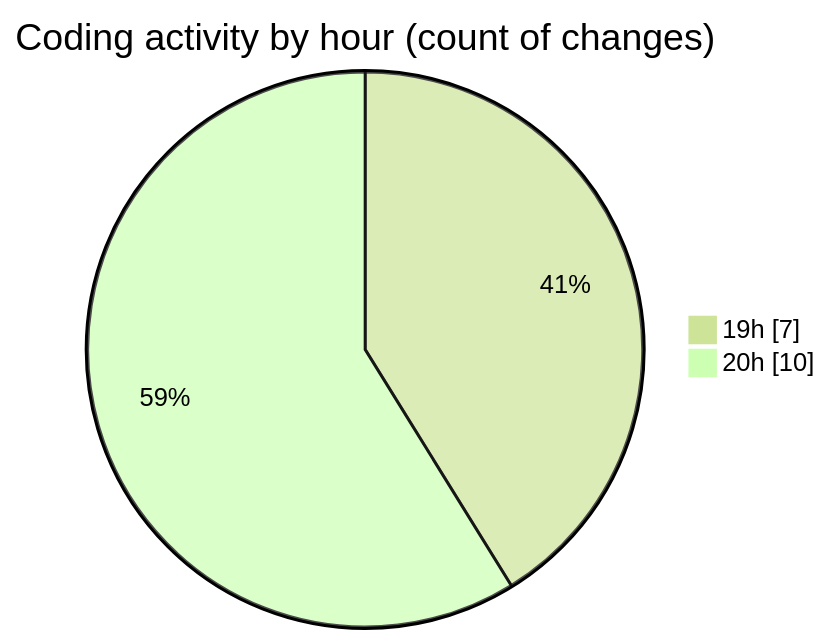
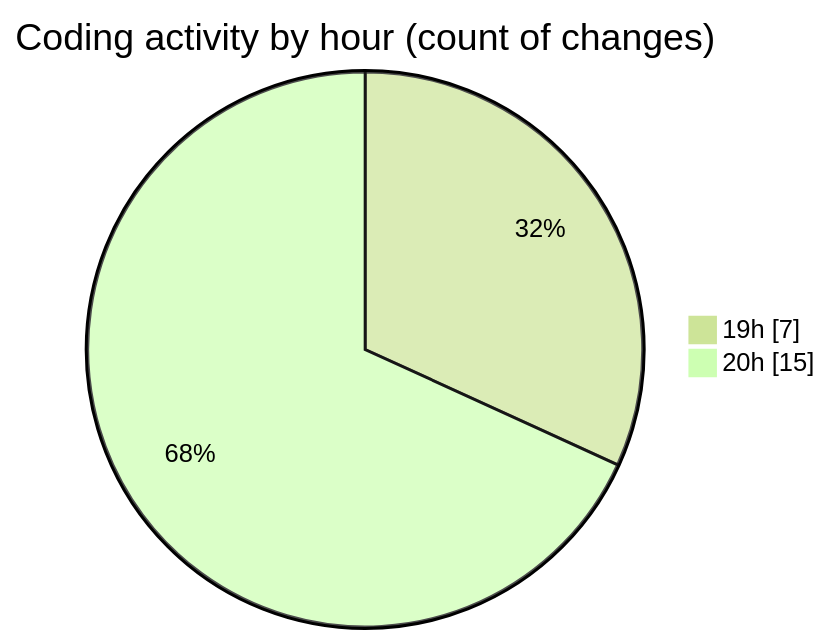
Before and after one commit to EIIisD/code-tracking: the second of 2 diagrams in 2025-07-10/fish/README.md, drawn with Mermaid (forest theme). The commit also changed other lines of this file and 1 other file, not shown here.

````diff
--- a/2025-07-10/fish/README.md
+++ b/2025-07-10/fish/README.md
@@ -37,6 +37,6 @@
 ```mermaid
 pie showData
 title Coding activity by hour (count of changes)
 "19h" : 7
-"20h" : 10
+"20h" : 15
 ```
````
